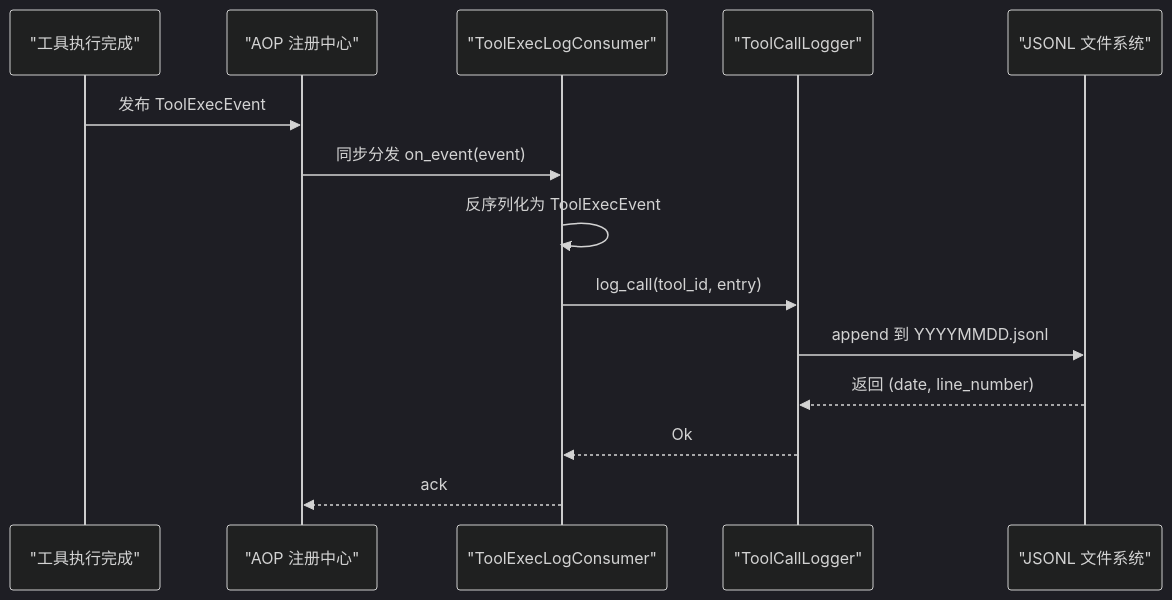
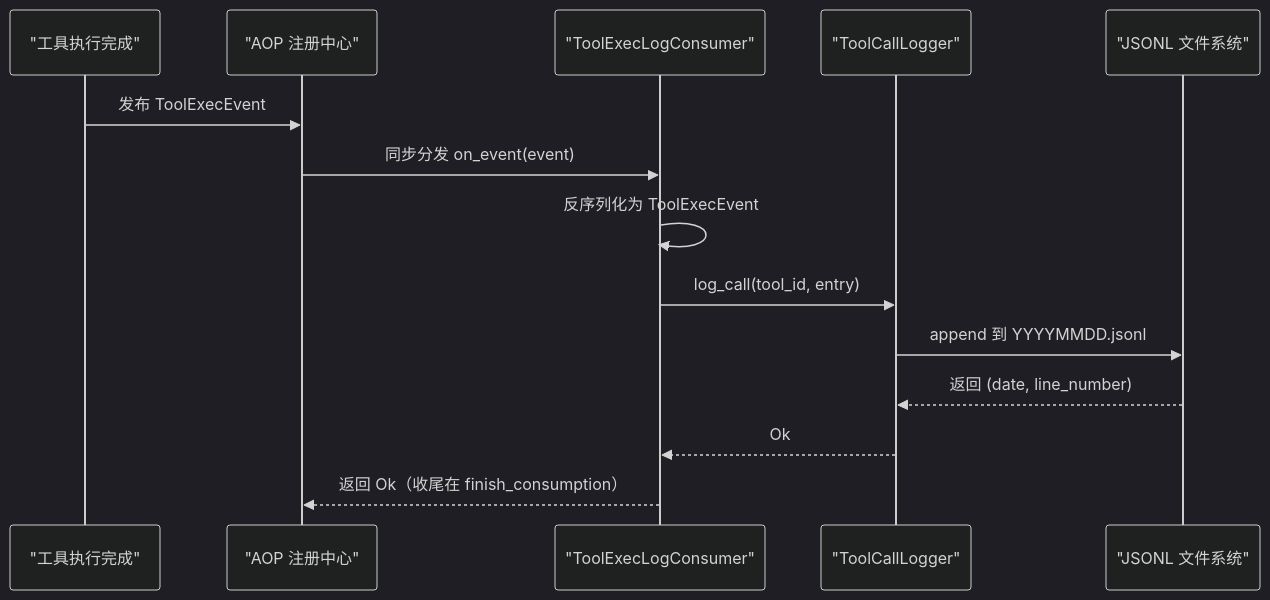
The second of 7 diagrams in docs/wiki/zh/content/基础设施/AOP 事件系统/事件消费者/工具执行日志消费者.md (runningcoders/ai_orz), drawn with Mermaid (dark theme) before and after one commit. The commit also changed other lines of this file and 37 other files, not shown here.

````diff
--- a/docs/wiki/zh/content/基础设施/AOP 事件系统/事件消费者/工具执行日志消费者.md
+++ b/docs/wiki/zh/content/基础设施/AOP 事件系统/事件消费者/工具执行日志消费者.md
@@ -80,16 +89,16 @@
 ```mermaid
 sequenceDiagram
 participant Exec as "工具执行完成"
 participant AOP as "AOP 注册中心"
 participant Cons as "ToolExecLogConsumer"
 participant Log as "ToolCallLogger"
 participant FS as "JSONL 文件系统"
 Exec->>AOP : 发布 ToolExecEvent
 AOP->>Cons : 同步分发 on_event(event)
 Cons->>Cons : 反序列化为 ToolExecEvent
 Cons->>Log : log_call(tool_id, entry)
 Log->>FS : append 到 YYYYMMDD.jsonl
 FS-->>Log : 返回 (date, line_number)
 Log-->>Cons : Ok
-Cons-->>AOP : ack
+Cons-->>AOP : 返回 Ok（收尾在 finish_consumption）
 ```
````
